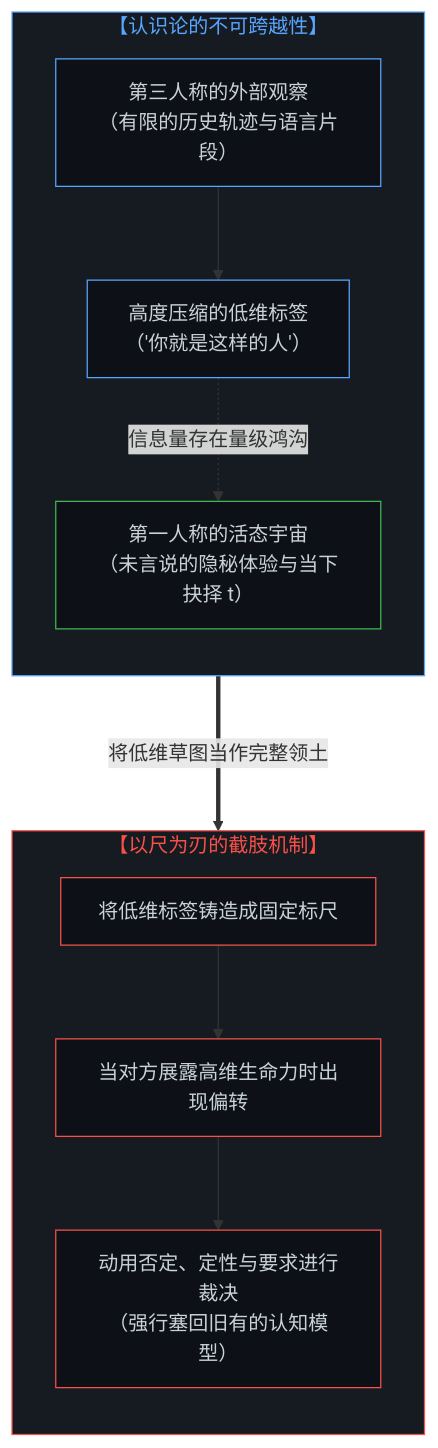
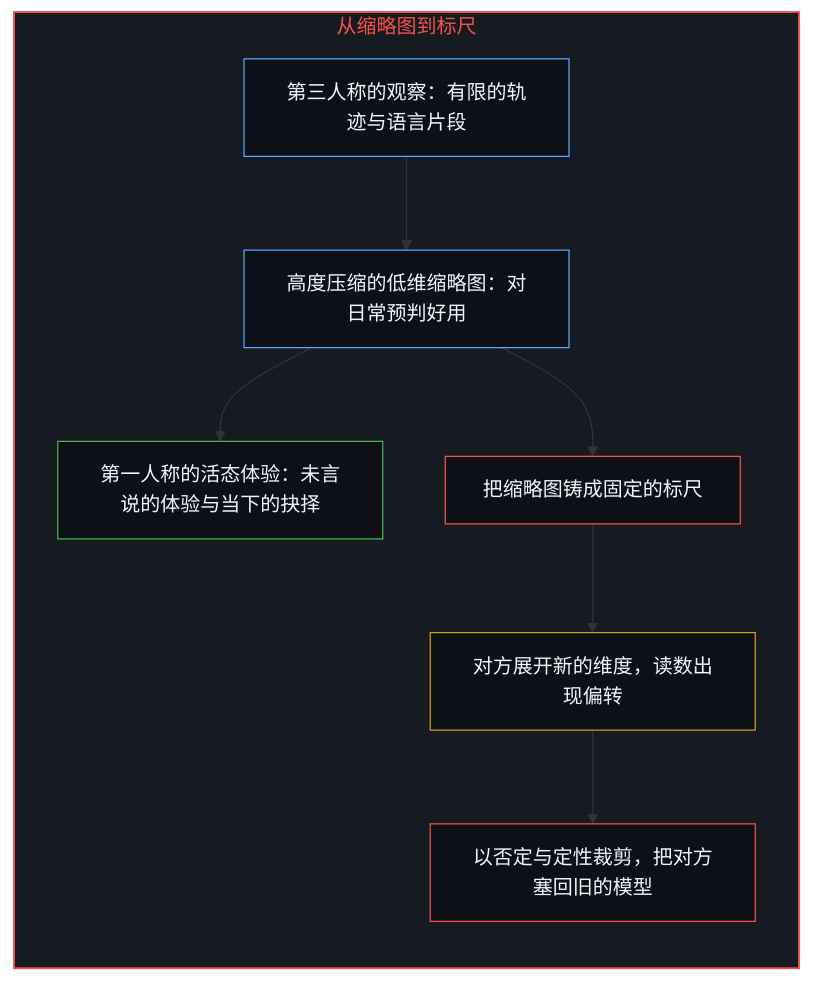
Before and after one commit to powerpig99/not-a-toe: the third of 10 diagrams in content/posts/the-illusion-of-knowing-and-the-geometry-of-amputation.md, drawn with Mermaid. The commit also changed other lines of this file and 2 other files, not shown here.

Commit message:
Refine the-illusion-of-knowing: alternating bilingual layout, five paired diagrams, implicit first person

````diff
--- a/content/posts/the-illusion-of-knowing-and-the-geometry-of-amputation.md
+++ b/content/posts/the-illusion-of-knowing-and-the-geometry-of-amputation.md
@@ -88,30 +83,25 @@
 ```mermaid
-graph TD
-    subgraph S_Epistemic_Gap["【认识论的不可跨越性】"]
+flowchart TD
+    subgraph S_Cut["从缩略图到标尺"]
         direction TB
-        E1["第三人称的外部观察<br>（有限的历史轨迹与语言片段）"]
-        E2["高度压缩的低维标签<br>（'你就是这样的人'）"]
-        E3["第一人称的活态宇宙<br>（未言说的隐秘体验与当下抉择 t）"]
-        E1 --> E2
-        E2 -.->|"信息量存在量级鸿沟"| E3
+        Watch["第三人称的观察：有限的轨迹与语言片段"]
+        Thumb["高度压缩的低维缩略图：对日常预判好用"]
+        Living["第一人称的活态体验：未言说的体验与当下的抉择"]
+        Ruler["把缩略图铸成固定的标尺"]
+        Deflect["对方展开新的维度，读数出现偏转"]
+        Trim["以否定与定性裁剪，把对方塞回旧的模型"]
+        Watch --> Thumb
+        Thumb --> Living
+        Thumb --> Ruler
+        Ruler --> Deflect
+        Deflect --> Trim
     end
 
-    subgraph S_Amputation["【以尺为刃的截肢机制】"]
-        direction TB
-        A1["将低维标签铸造成固定标尺"]
-        A2["当对方展露高维生命力时出现偏转"]
-        A3["动用否定、定性与要求进行裁决<br>（强行塞回旧有的认知模型）"]
-        A1 --> A2 --> A3
-    end
-
-    E2 ===>|"将低维草图当作完整领土"| A1
-
-    style S_Epistemic_Gap fill:#161b22,stroke:#58a6ff,stroke-width:1px,color:#58a6ff
-    style S_Amputation fill:#161b22,stroke:#f85149,stroke-width:1px,color:#f85149
-    style E1 fill:#0d1117,stroke:#58a6ff,stroke-width:1px,color:#c9d1d9
-    style E2 fill:#0d1117,stroke:#58a6ff,stroke-width:1px,color:#c9d1d9
-    style E3 fill:#0d1117,stroke:#3fb950,stroke-width:1px,color:#c9d1d9
-    style A1 fill:#0d1117,stroke:#f85149,stroke-width:1px,color:#c9d1d9
-    style A2 fill:#0d1117,stroke:#f85149,stroke-width:1px,color:#c9d1d9
-    style A3 fill:#0d1117,stroke:#f85149,stroke-width:1px,color:#c9d1d9
+    style S_Cut fill:#161b22,stroke:#f85149,stroke-width:1.5px,color:#f85149
+    style Watch fill:#0d1117,stroke:#58a6ff,stroke-width:1px,color:#f0f6fc
+    style Thumb fill:#0d1117,stroke:#58a6ff,stroke-width:1px,color:#f0f6fc
+    style Living fill:#0d1117,stroke:#3fb950,stroke-width:1px,color:#f0f6fc
+    style Ruler fill:#0d1117,stroke:#f85149,stroke-width:1px,color:#f0f6fc
+    style Deflect fill:#0d1117,stroke:#d29922,stroke-width:1px,color:#f0f6fc
+    style Trim fill:#0d1117,stroke:#f85149,stroke-width:1px,color:#f0f6fc
 ```
````
